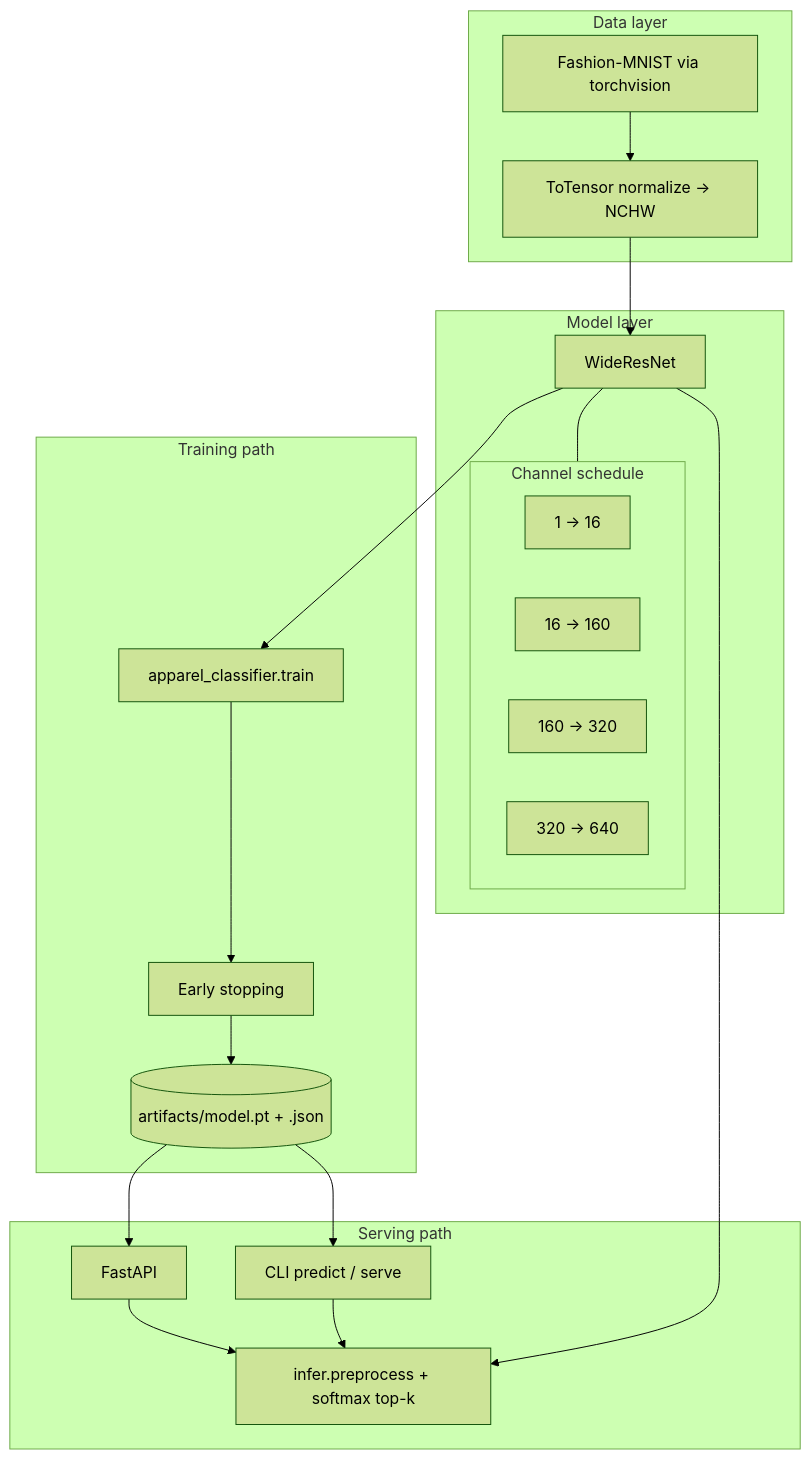
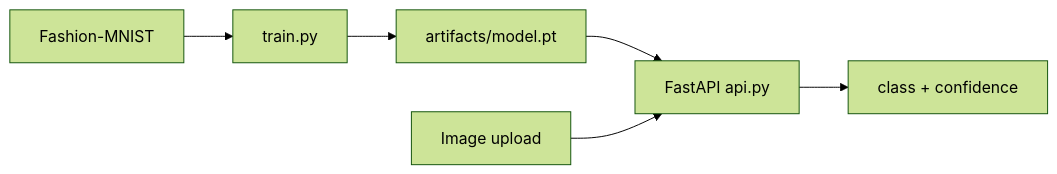
The first of 3 diagrams in README.md (ArchanaChetan07/Apparel-Image-Classification-with-WideResNet), drawn with Mermaid (forest theme) before and after one commit. The commit also changed other lines of this file, not shown here.

Commit message:
docs: FAANG-ready professional README with diagrams and verified metrics

````diff
--- a/README.md
+++ b/README.md
@@ -105,40 +28,8 @@
 ```mermaid
-flowchart TB
-    subgraph Data["Data layer"]
-        FM[Fashion-MNIST via torchvision]
-        TF[ToTensor normalize → NCHW]
-        FM --> TF
-    end
-
-    subgraph Model["Model layer"]
-        WRN[WideResNet]
-        subgraph Blocks["Channel schedule"]
-            C1["1 → 16"]
-            C2["16 → 160"]
-            C3["160 → 320"]
-            C4["320 → 640"]
-        end
-        WRN --- Blocks
-    end
-
-    subgraph TrainPath["Training path"]
-        TR[apparel_classifier.train]
-        ES[Early stopping]
-        CK[(artifacts/model.pt + .json)]
-        TR --> ES --> CK
-    end
-
-    subgraph ServePath["Serving path"]
-        API[FastAPI]
-        INF[infer.preprocess + softmax top-k]
-        CLI[CLI predict / serve]
-        API --> INF
-        CLI --> INF
-        CK --> API
-        CK --> CLI
-    end
-
-    TF --> WRN
-    WRN --> TR
-    WRN --> INF
+flowchart LR
+  D[Fashion-MNIST] --> T[train.py]
+  T --> M[artifacts/model.pt]
+  M --> API[FastAPI api.py]
+  I[Image upload] --> API
+  API --> P[class + confidence]
 ```
````
